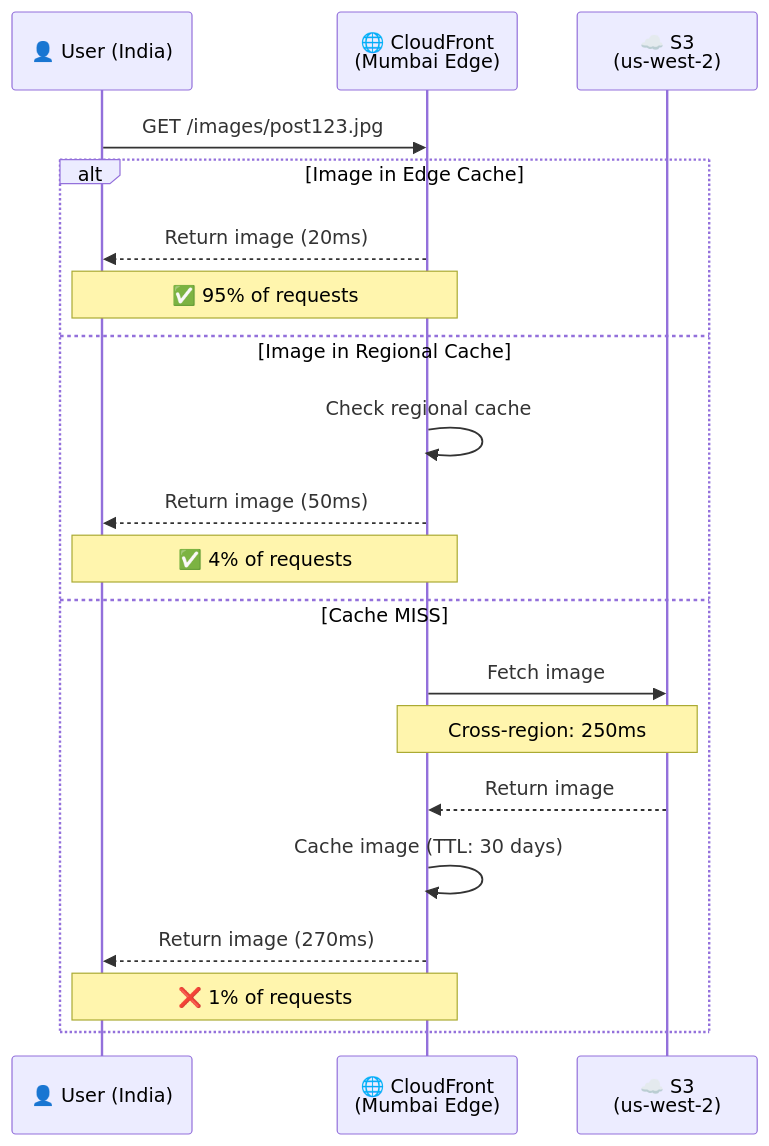
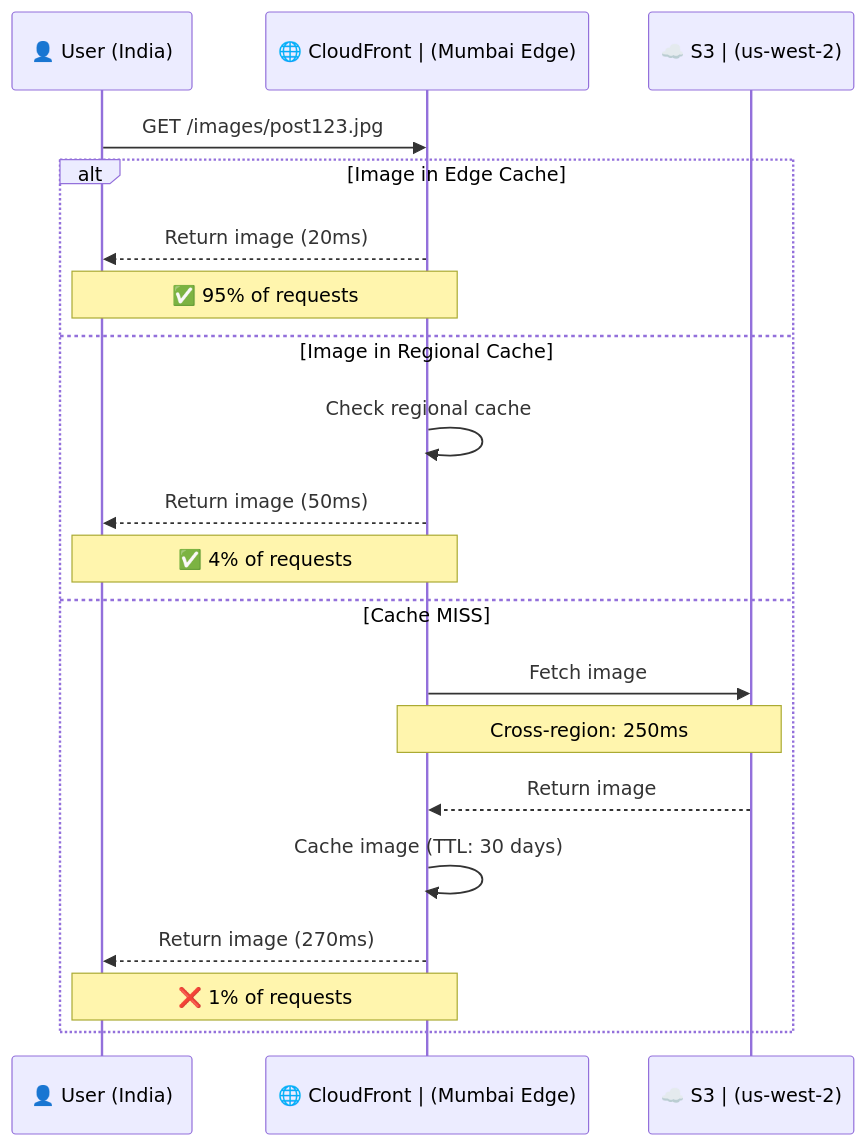
One commit to p1kmr/for-reading changed diagram 13 of 18 in HLD/foundation/06_cdn.md. Above: the diagram before and after it, drawn with Mermaid. The commit also changed other lines of this file and 14 other files, not shown here.

Commit message:
Fix Mermaid diagram syntax: Replace <br/> with <br> for GitHub compatibility

````diff
--- a/HLD/foundation/06_cdn.md
+++ b/HLD/foundation/06_cdn.md
@@ -465,24 +465,24 @@
 ```mermaid
 sequenceDiagram
     participant User as 👤 User (India)
-    participant CDN as 🌐 CloudFront<br/>(Mumbai Edge)
-    participant S3 as ☁️ S3<br/>(us-west-2)
+    participant CDN as 🌐 CloudFront | (Mumbai Edge)
+    participant S3 as ☁️ S3 | (us-west-2)
 
     User->>CDN: GET /images/post123.jpg
 
     alt Image in Edge Cache
         CDN-->>User: Return image (20ms)
         Note over CDN,User: ✅ 95% of requests
     else Image in Regional Cache
         CDN->>CDN: Check regional cache
         CDN-->>User: Return image (50ms)
         Note over CDN,User: ✅ 4% of requests
     else Cache MISS
         CDN->>S3: Fetch image
         Note over CDN,S3: Cross-region: 250ms
         S3-->>CDN: Return image
         CDN->>CDN: Cache image (TTL: 30 days)
         CDN-->>User: Return image (270ms)
         Note over CDN,User: ❌ 1% of requests
     end
 ```
````
